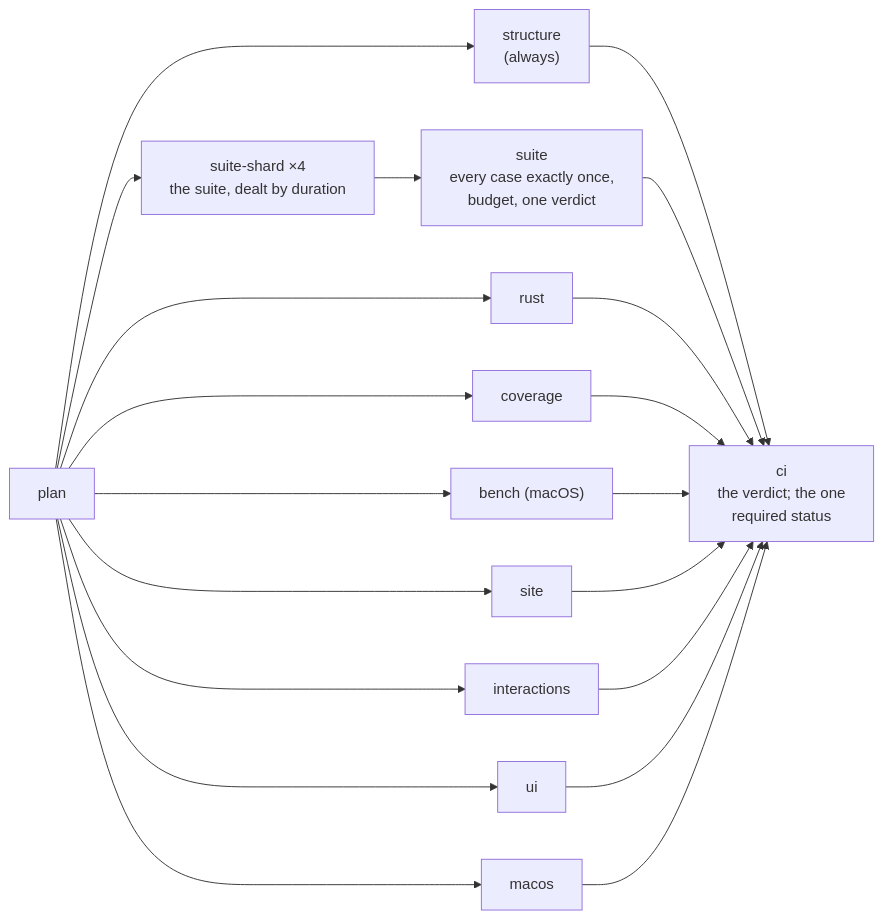
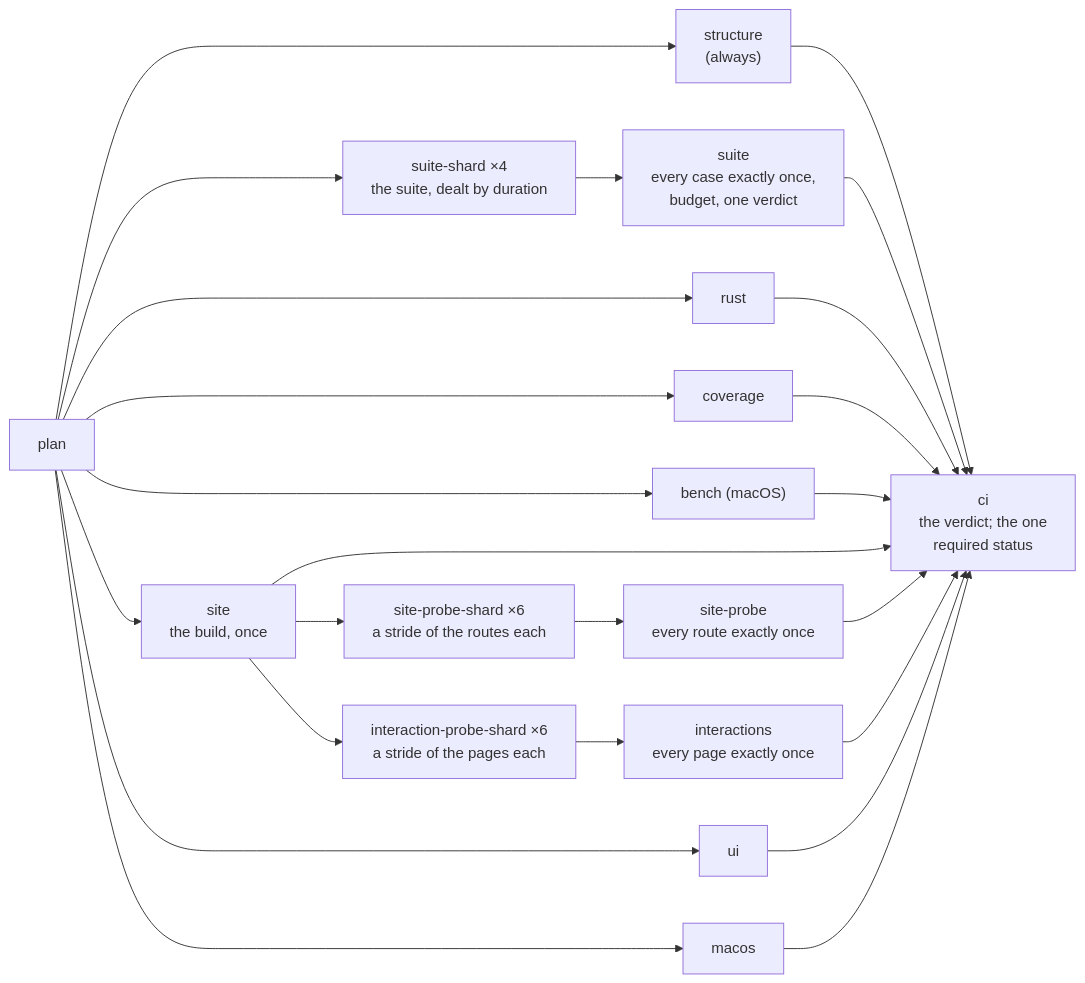
Before and after one commit to korczis/prismatic-majordomus: the first of 2 diagrams in docs/CI.md, drawn with Mermaid. The commit also changed other lines of this file and 24 other files, not shown here.

````diff
--- a/docs/CI.md
+++ b/docs/CI.md
@@ -14,14 +14,17 @@
 ```mermaid
 flowchart LR
   plan["plan"] --> structure["structure<br>(always)"]
   plan --> shards["suite-shard ×4<br>the suite, dealt by duration"]
   shards --> suite["suite<br>every case exactly once,<br>budget, one verdict"]
   plan --> rust["rust"]
   plan --> coverage["coverage"]
   plan --> bench["bench (macOS)"]
-  plan --> site["site"]
-  plan --> interactions["interactions"]
+  plan --> site["site<br>the build, once"]
+  site --> probeshards["site-probe-shard ×6<br>a stride of the routes each"]
+  probeshards --> probe["site-probe<br>every route exactly once"]
+  site --> ishards["interaction-probe-shard ×6<br>a stride of the pages each"]
+  ishards --> interactions["interactions<br>every page exactly once"]
   plan --> ui["ui"]
   plan --> macos["macos"]
-  structure & suite & rust & coverage & bench & site & interactions & ui & macos --> ci["ci<br>the verdict; the one<br>required status"]
+  structure & suite & rust & coverage & bench & site & probe & interactions & ui & macos --> ci["ci<br>the verdict; the one<br>required status"]
 ```
````
